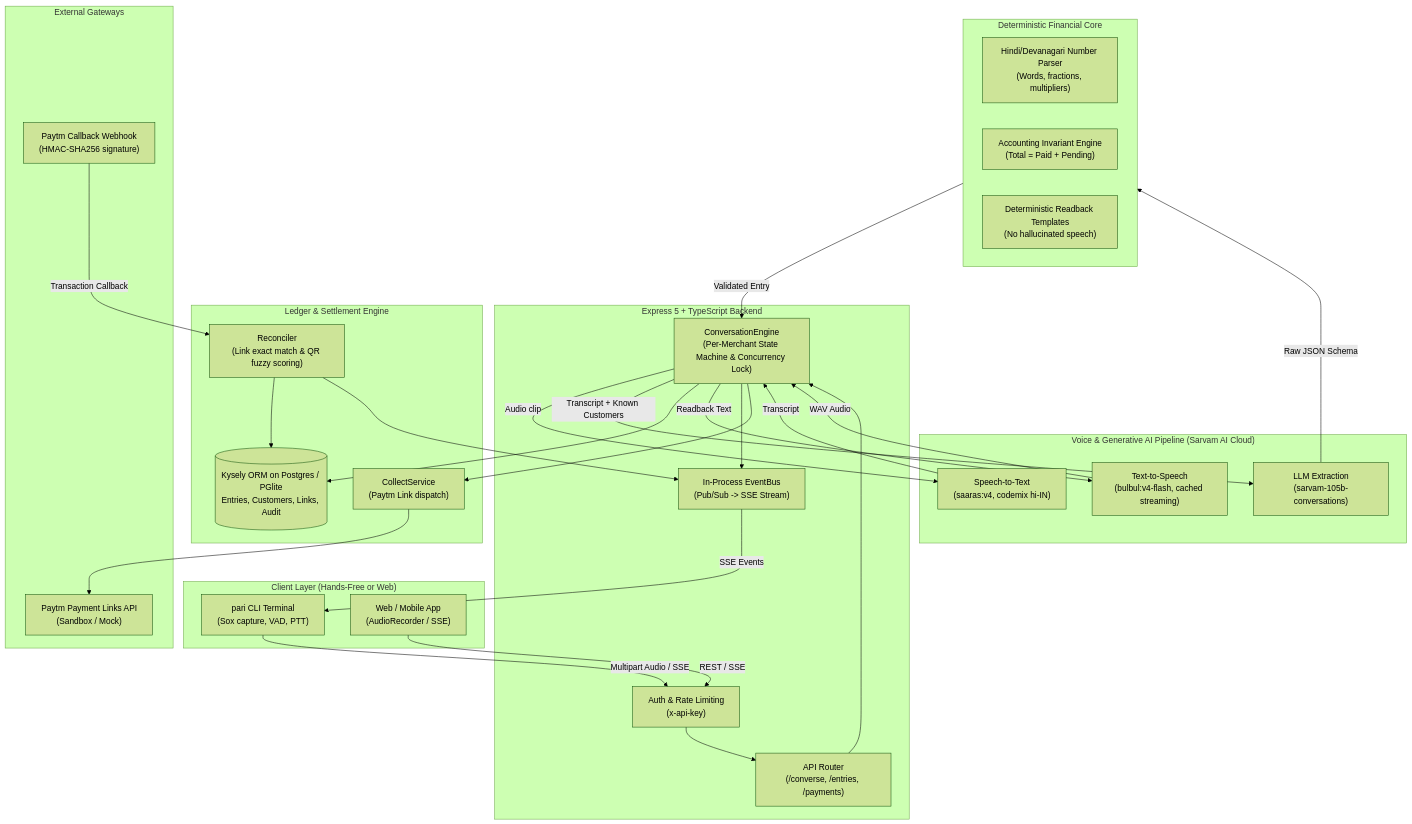
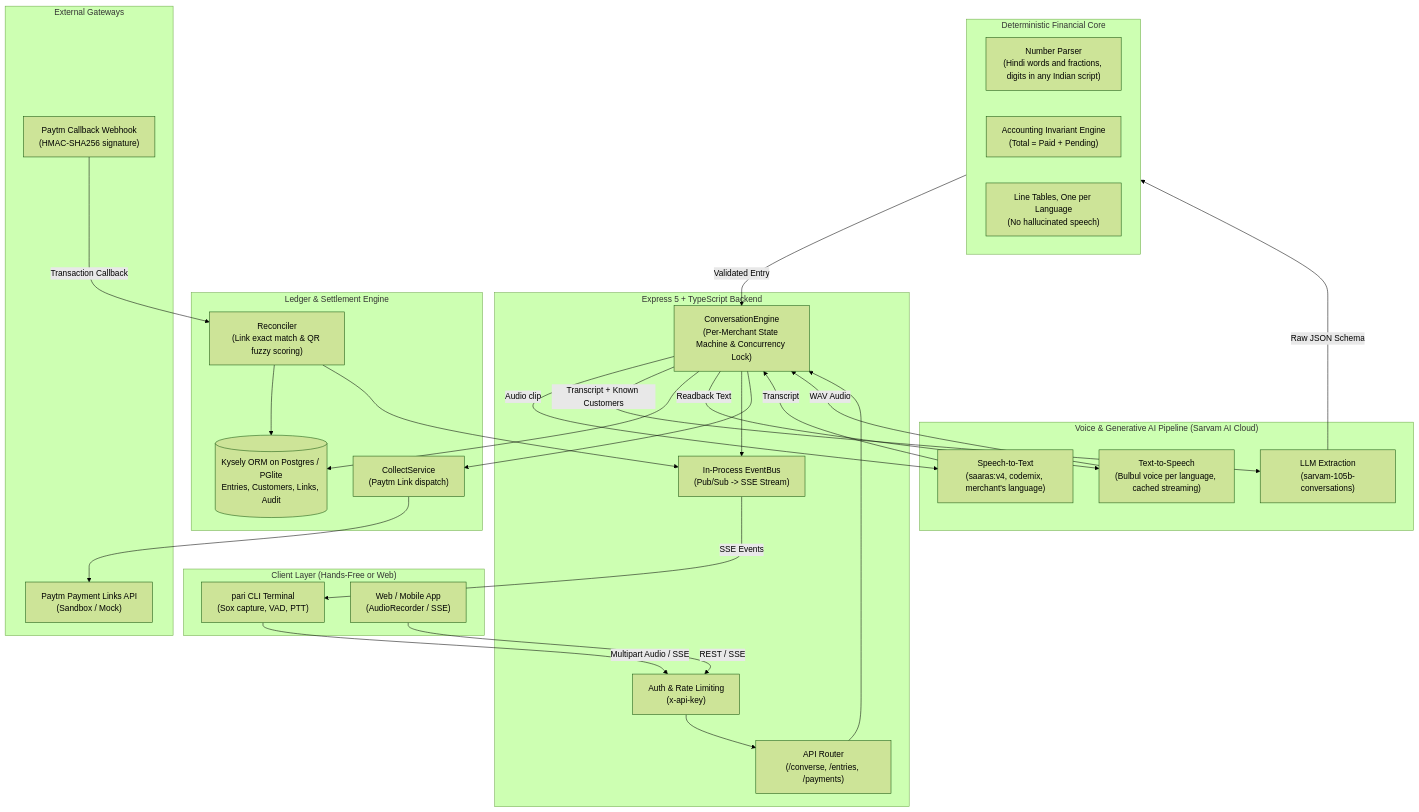
Before and after one commit to mahreenaisha/pari: the first of 3 diagrams in README.md, drawn with Mermaid (forest theme). The commit also changed other lines of this file and 85 other files, not shown here.

````diff
--- a/README.md
+++ b/README.md
@@ -27,60 +27,60 @@
 ```mermaid
 flowchart TD
     subgraph ClientLayer["Client Layer (Hands-Free or Web)"]
         CLI["pari CLI Terminal<br/>(Sox capture, VAD, PTT)"]
         WebUI["Web / Mobile App<br/>(AudioRecorder / SSE)"]
     end
 
     subgraph APILayer["Express 5 + TypeScript Backend"]
         Auth["Auth & Rate Limiting<br/>(x-api-key)"]
         Router["API Router<br/>(/converse, /entries, /payments)"]
         Engine["ConversationEngine<br/>(Per-Merchant State Machine & Concurrency Lock)"]
         Bus["In-Process EventBus<br/>(Pub/Sub -> SSE Stream)"]
     end
 
     subgraph AIEngine["Voice & Generative AI Pipeline (Sarvam AI Cloud)"]
-        STT["Speech-to-Text<br/>(saaras:v4, codemix hi-IN)"]
+        STT["Speech-to-Text<br/>(saaras:v4, codemix, merchant's language)"]
         LLM["LLM Extraction<br/>(sarvam-105b-conversations)"]
-        TTS["Text-to-Speech<br/>(bulbul:v4-flash, cached streaming)"]
+        TTS["Text-to-Speech<br/>(Bulbul voice per language, cached streaming)"]
     end
 
     subgraph Guardrails["Deterministic Financial Core"]
-        NumParser["Hindi/Devanagari Number Parser<br/>(Words, fractions, multipliers)"]
+        NumParser["Number Parser<br/>(Hindi words and fractions, digits in any Indian script)"]
         InvariantCheck["Accounting Invariant Engine<br/>(Total = Paid + Pending)"]
-        Templates["Deterministic Readback Templates<br/>(No hallucinated speech)"]
+        Templates["Line Tables, One per Language<br/>(No hallucinated speech)"]
     end
 
     subgraph LedgerReconciliation["Ledger & Settlement Engine"]
         Collect["CollectService<br/>(Paytm Link dispatch)"]
         Reconciler["Reconciler<br/>(Link exact match & QR fuzzy scoring)"]
         DB[(Kysely ORM on Postgres / PGlite<br/>Entries, Customers, Links, Audit)]
     end
 
     subgraph External["External Gateways"]
         PaytmAPI["Paytm Payment Links API<br/>(Sandbox / Mock)"]
         PaytmWebhook["Paytm Callback Webhook<br/>(HMAC-SHA256 signature)"]
     end
 
     CLI -->|Multipart Audio / SSE| Auth
     WebUI -->|REST / SSE| Auth
     Auth --> Router
     Router --> Engine
 
     Engine -->|Audio clip| STT
     STT -->|Transcript| Engine
     Engine -->|Transcript + Known Customers| LLM
     LLM -->|Raw JSON Schema| Guardrails
     Guardrails -->|Validated Entry| Engine
 
     Engine --> DB
     Engine -->|Readback Text| TTS
     TTS -->|WAV Audio| Engine
     Engine --> Bus
     Bus -->|SSE Events| CLI
 
     Engine --> Collect
     Collect --> PaytmAPI
     PaytmWebhook -->|Transaction Callback| Reconciler
     Reconciler --> DB
     Reconciler --> Bus
 ```
````
